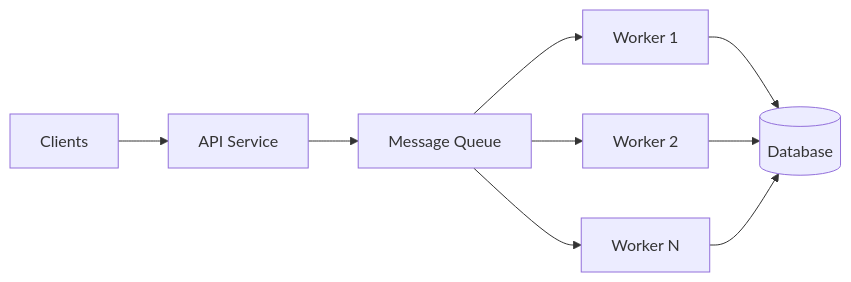
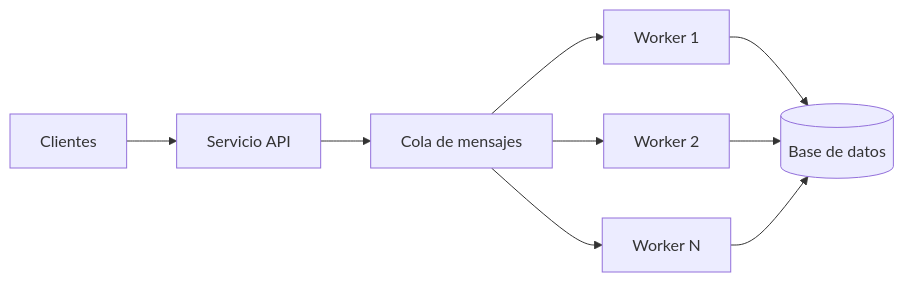
The third of 4 diagrams in _es_posts/2026-02-13-es-cloud-architecture-patterns.md (albertoruizmb/albertoruizmb.github.io), drawn with Mermaid before and after one commit. The commit also changed other lines of this file and 1 other file, not shown here.

Commit message:
Publish cloud architecture patterns article in ES and EN

````diff
--- a/_es_posts/2026-02-13-es-cloud-architecture-patterns.md
+++ b/_es_posts/2026-02-13-es-cloud-architecture-patterns.md
@@ -133,14 +113,14 @@
-``` mermaid
+<pre class="mermaid">
 flowchart LR
-    A[Clients] --> B[API Service]
+    A[Clientes] --> B[Servicio API]
 
-    B --> C[Message Queue]
+    B --> C[Cola de mensajes]
 
     C --> D[Worker 1]
     C --> E[Worker 2]
     C --> F[Worker N]
 
-    D --> G[(Database)]
+    D --> G[(Base de datos)]
     E --> G
     F --> G
-```
+</pre>
````
